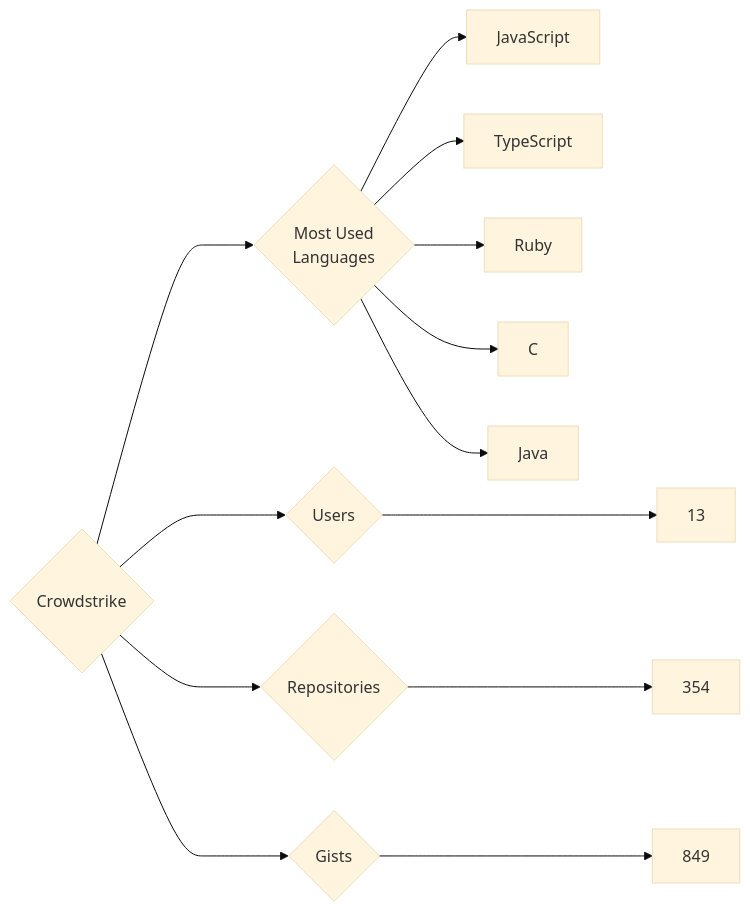
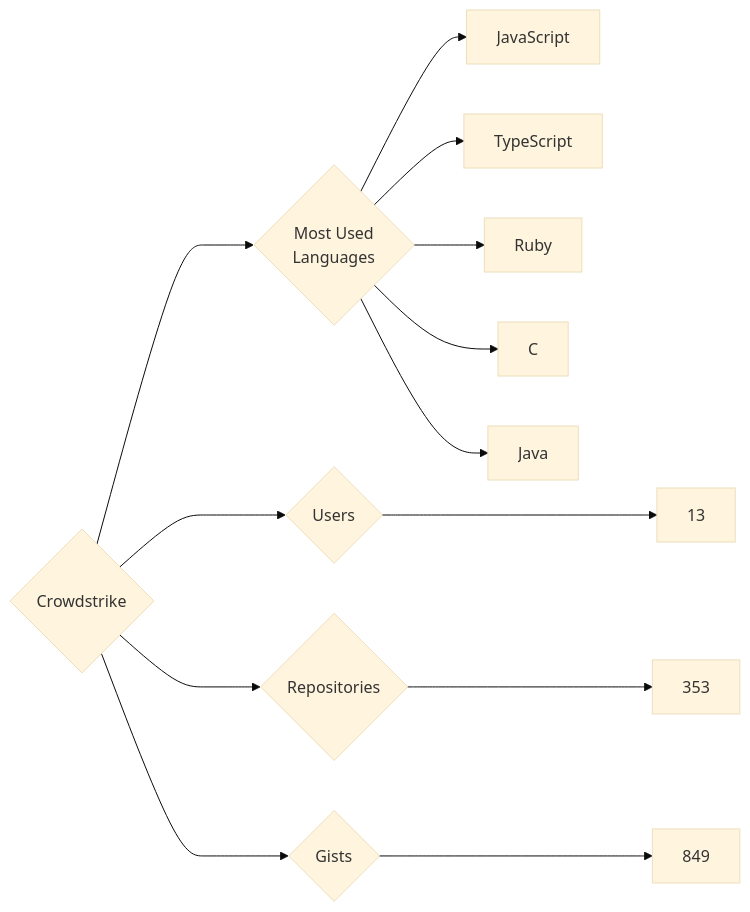
The diagram in targets/Crowdstrike/README.md (trickest/insiders), drawn with Mermaid (base theme) before and after one commit. The commit also changed 682 other files, not shown here.

````diff
--- a/targets/Crowdstrike/README.md
+++ b/targets/Crowdstrike/README.md
@@ -3,13 +3,13 @@
 ```mermaid
 graph LR
 COMPANY_NAME{Crowdstrike}
 COMPANY_NAME ---> U{Users} ---> UN[13]
-COMPANY_NAME ---> R{Repositories} ---> RN[354]
+COMPANY_NAME ---> R{Repositories} ---> RN[353]
 COMPANY_NAME ---> G{Gists} ---> GN[849]
 COMPANY_NAME ---> ML{Most Used<br>Languages}
 ML --> JavaScript[JavaScript]
 ML --> TypeScript[TypeScript]
 ML --> Ruby[Ruby]
 ML --> C[C]
 ML --> Java[Java]
 ```
````
